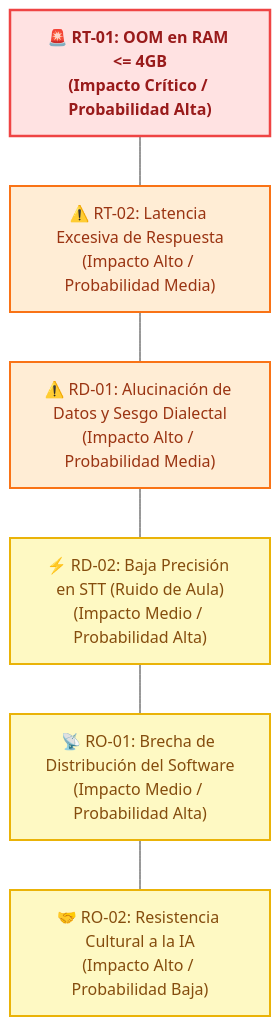
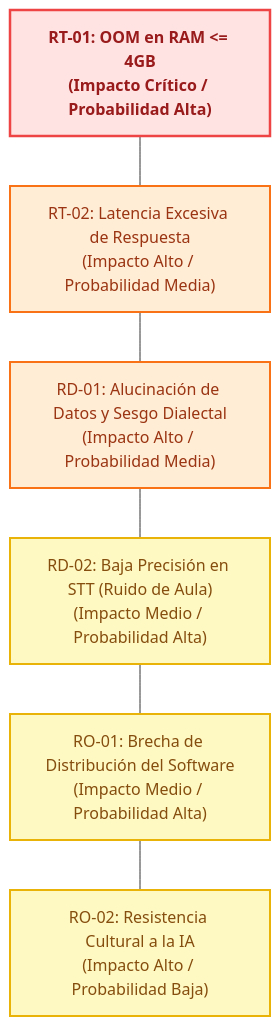
One commit to jhanslarico11/Perfil-de-Egreso changed the fourth of 4 diagrams in docs/ChristianRafaelMamaniCallata/entregable1.md. Above: the diagram before and after it, drawn with Mermaid. The commit also changed other lines of this file and 4 other files, not shown here.

Commit message:
Remocion de emojis de los diagramas Mermaid para una apariencia academica limpia

````diff
--- a/docs/ChristianRafaelMamaniCallata/entregable1.md
+++ b/docs/ChristianRafaelMamaniCallata/entregable1.md
@@ -269,19 +269,19 @@
 ```mermaid
 graph TD
     classDef crit fill:#ffe2e2,stroke:#ef4444,stroke-width:2.5px,color:#991b1b,font-weight:bold;
     classDef high fill:#ffedd5,stroke:#f97316,stroke-width:2px,color:#9a3412;
     classDef med fill:#fef9c3,stroke:#eab308,stroke-width:2px,color:#854d0e;
 
-    R1["🚨 RT-01: OOM en RAM <= 4GB<br>(Impacto Crítico / Probabilidad Alta)"]:::crit
-    R2["⚠️ RT-02: Latencia Excesiva de Respuesta<br>(Impacto Alto / Probabilidad Media)"]:::high
-    R3["⚠️ RD-01: Alucinación de Datos y Sesgo Dialectal<br>(Impacto Alto / Probabilidad Media)"]:::high
-    R4["⚡ RD-02: Baja Precisión en STT (Ruido de Aula)<br>(Impacto Medio / Probabilidad Alta)"]:::med
-    R5["📡 RO-01: Brecha de Distribución del Software<br>(Impacto Medio / Probabilidad Alta)"]:::med
-    R6["🤝 RO-02: Resistencia Cultural a la IA<br>(Impacto Alto / Probabilidad Baja)"]:::med
+    R1["RT-01: OOM en RAM <= 4GB<br>(Impacto Crítico / Probabilidad Alta)"]:::crit
+    R2["RT-02: Latencia Excesiva de Respuesta<br>(Impacto Alto / Probabilidad Media)"]:::high
+    R3["RD-01: Alucinación de Datos y Sesgo Dialectal<br>(Impacto Alto / Probabilidad Media)"]:::high
+    R4["RD-02: Baja Precisión en STT (Ruido de Aula)<br>(Impacto Medio / Probabilidad Alta)"]:::med
+    R5["RO-01: Brecha de Distribución del Software<br>(Impacto Medio / Probabilidad Alta)"]:::med
+    R6["RO-02: Resistencia Cultural a la IA<br>(Impacto Alto / Probabilidad Baja)"]:::med
 
     R1 --- R2
     R2 --- R3
     R3 --- R4
     R4 --- R5
     R5 --- R6
 ```
````
